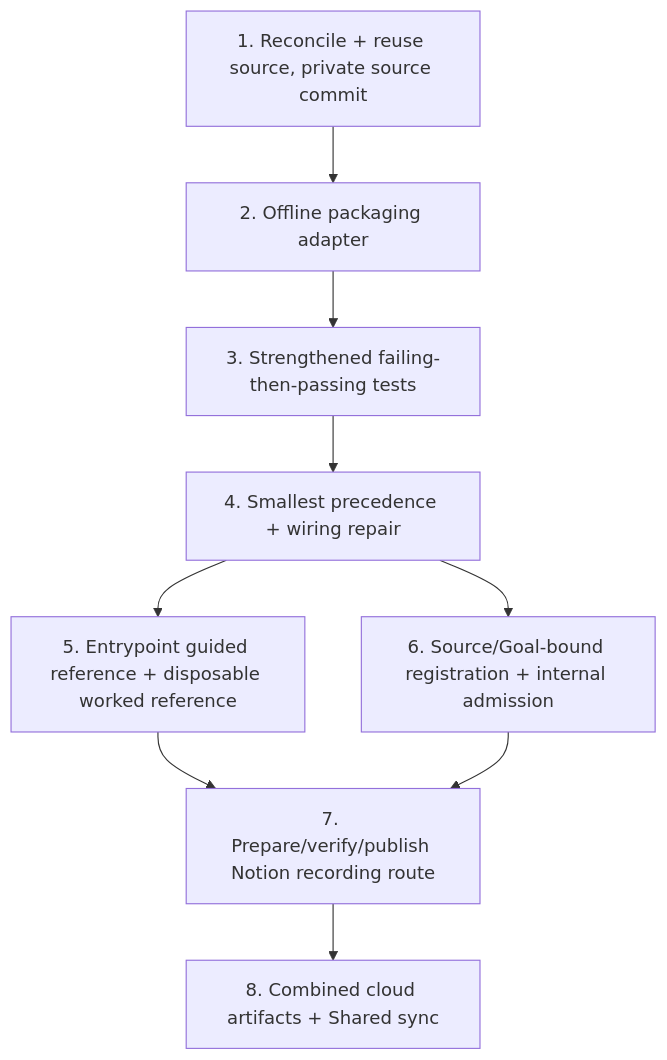
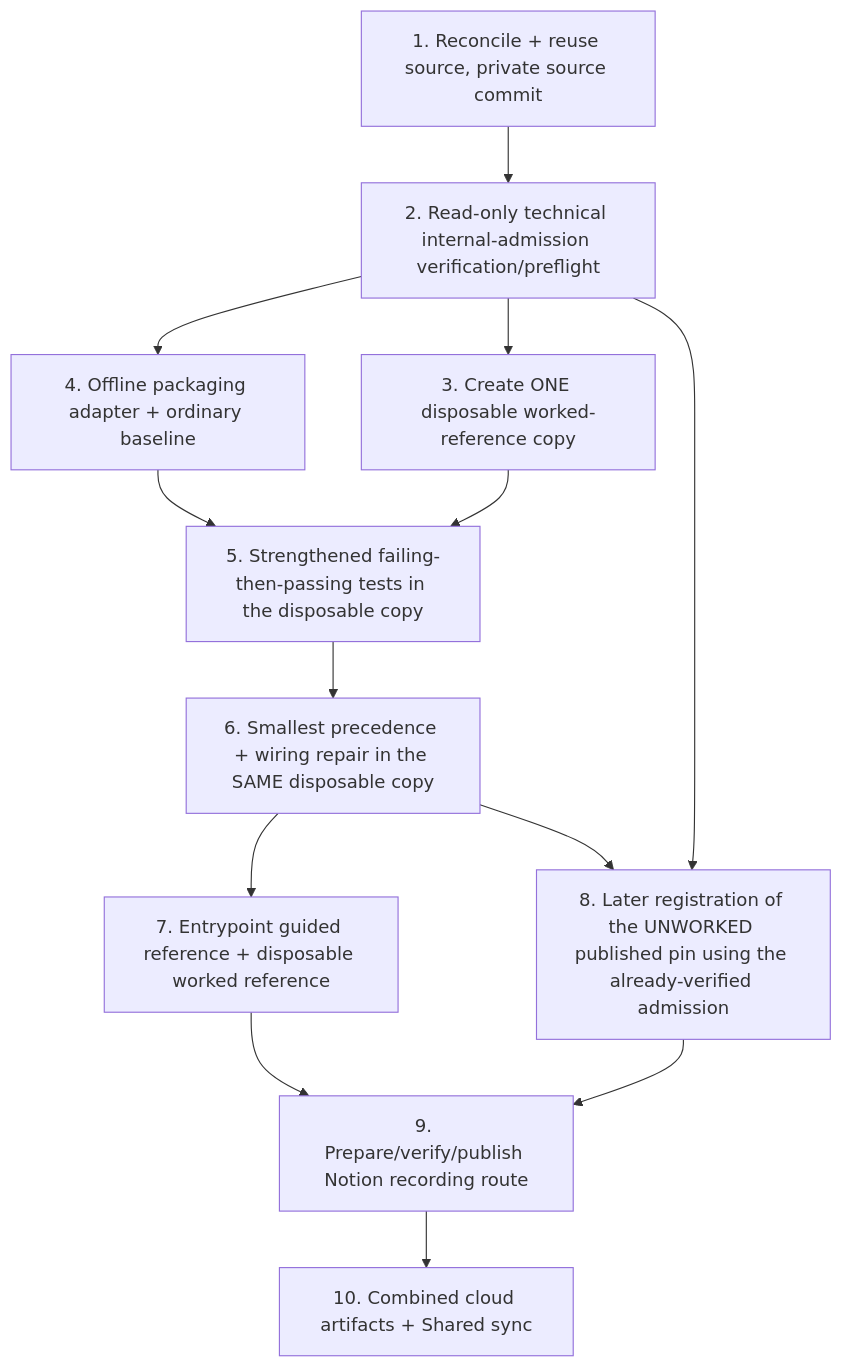
Before and after one commit to KyPython/ai-governance: the diagram in specs/odin-bootcamp/python-cli-configuration-precedence-bug-fix/tasks.md, drawn with Mermaid. The commit also changed other lines of this file and 37 other files, not shown here.

Commit message:
docs(worlds): resolve source-bound spec review findings

````diff
--- a/specs/odin-bootcamp/python-cli-configuration-precedence-bug-fix/tasks.md
+++ b/specs/odin-bootcamp/python-cli-configuration-precedence-bug-fix/tasks.md
@@ -9,11 +9,15 @@
 ```mermaid
 graph TD
-  T1[1. Reconcile + reuse source, private source commit] --> T2[2. Offline packaging adapter]
-  T2 --> T3[3. Strengthened failing-then-passing tests]
-  T3 --> T4[4. Smallest precedence + wiring repair]
-  T4 --> T5[5. Entrypoint guided reference + disposable worked reference]
-  T4 --> T6[6. Source/Goal-bound registration + internal admission]
-  T5 --> T7[7. Prepare/verify/publish Notion recording route]
-  T6 --> T7
-  T7 --> T8[8. Combined cloud artifacts + Shared sync]
+  T1[1. Reconcile + reuse source, private source commit] --> T2[2. Read-only technical internal-admission verification/preflight]
+  T2 --> T4[4. Offline packaging adapter + ordinary baseline]
+  T2 --> T3[3. Create ONE disposable worked-reference copy]
+  T4 --> T5[5. Strengthened failing-then-passing tests in the disposable copy]
+  T3 --> T5
+  T5 --> T6[6. Smallest precedence + wiring repair in the SAME disposable copy]
+  T6 --> T7[7. Entrypoint guided reference + disposable worked reference]
+  T2 --> T8[8. Later registration of the UNWORKED published pin using the already-verified admission]
+  T6 --> T8
+  T7 --> T9[9. Prepare/verify/publish Notion recording route]
+  T8 --> T9
+  T9 --> T10[10. Combined cloud artifacts + Shared sync]
 ```
````
